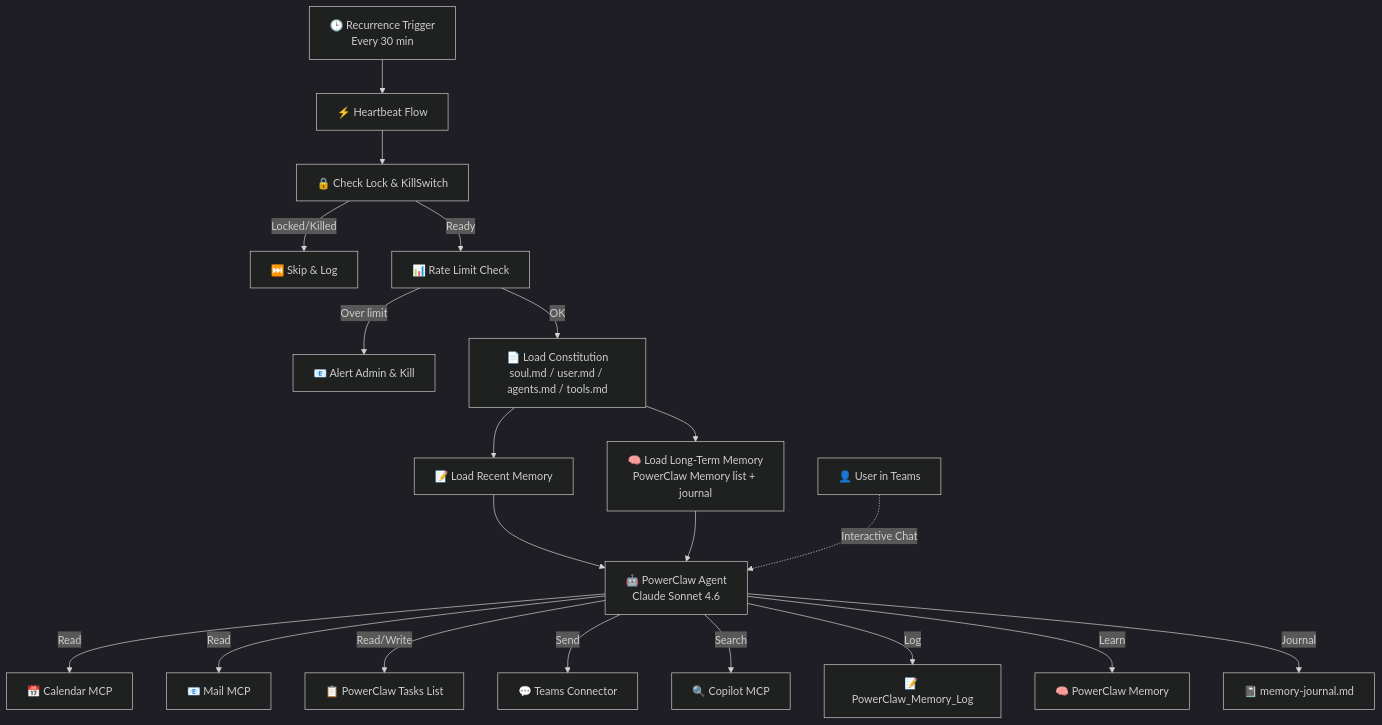
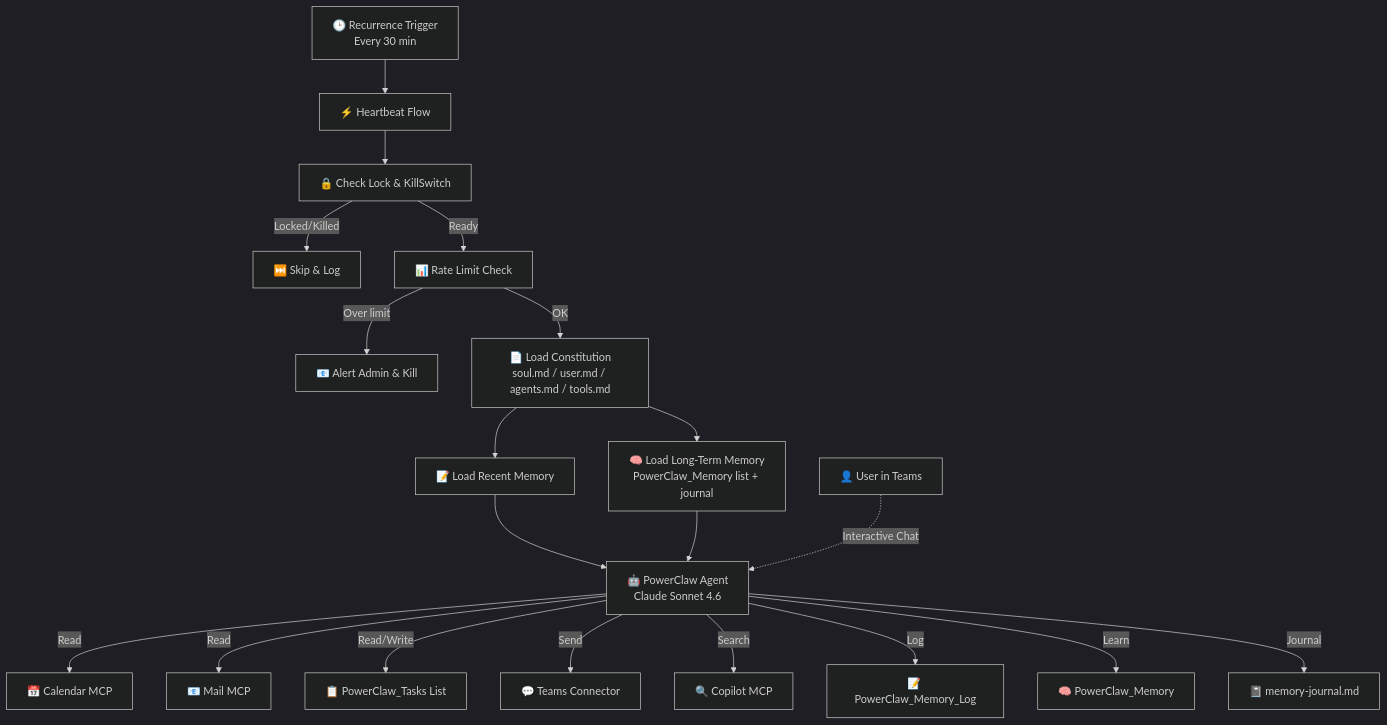
Before and after one commit to microsoft/FastTrack: the diagram in copilot-agent-samples/copilot-studio-agents/ca-PowerClawAgent/SETUP.md, drawn with Mermaid (dark theme). The commit also changed other lines of this file and 12 other files, not shown here.

````diff
--- a/copilot-agent-samples/copilot-studio-agents/ca-PowerClawAgent/SETUP.md
+++ b/copilot-agent-samples/copilot-studio-agents/ca-PowerClawAgent/SETUP.md
@@ -424,25 +424,25 @@
 ```mermaid
 graph TD
     Trigger[🕒 Recurrence Trigger<br/>Every 30 min] --> Flow[⚡ Heartbeat Flow]
     Flow --> Lock[🔒 Check Lock & KillSwitch]
     Lock -->|Locked/Killed| Skip[⏭️ Skip & Log]
     Lock -->|Ready| RateLimit[📊 Rate Limit Check]
     RateLimit -->|Over limit| Alert[📧 Alert Admin & Kill]
     RateLimit -->|OK| Context[📄 Load Constitution<br/>soul.md / user.md / agents.md / tools.md]
     Context --> Memory[📝 Load Recent Memory]
-    Context --> LTM[🧠 Load Long-Term Memory<br/>PowerClaw Memory list + journal]
+    Context --> LTM[🧠 Load Long-Term Memory<br/>PowerClaw_Memory list + journal]
     Memory --> Agent[🤖 PowerClaw Agent<br/>Claude Sonnet 4.6]
     LTM --> Agent
 
     Agent -->|Read| Calendar[📅 Calendar MCP]
     Agent -->|Read| Mail[📧 Mail MCP]
-    Agent -->|Read/Write| Tasks[📋 PowerClaw Tasks List]
+    Agent -->|Read/Write| Tasks[📋 PowerClaw_Tasks List]
     Agent -->|Send| Teams[💬 Teams Connector]
     Agent -->|Search| Copilot[🔍 Copilot MCP]
 
     Agent -->|Log| MemLog[📝 PowerClaw_Memory_Log]
-    Agent -->|Learn| LTMStore[🧠 PowerClaw Memory]
+    Agent -->|Learn| LTMStore[🧠 PowerClaw_Memory]
     Agent -->|Journal| Journal[📓 memory-journal.md]
 
     User[👤 User in Teams] -.->|Interactive Chat| Agent
 ```
````
